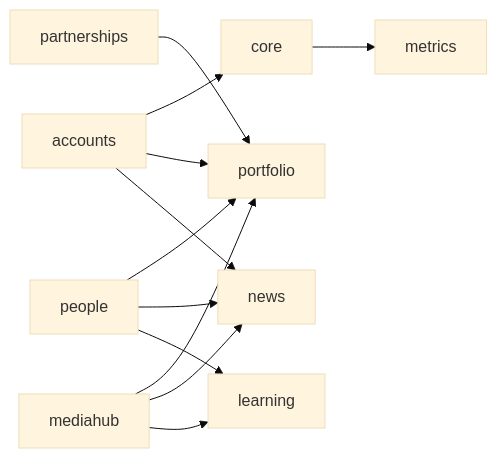
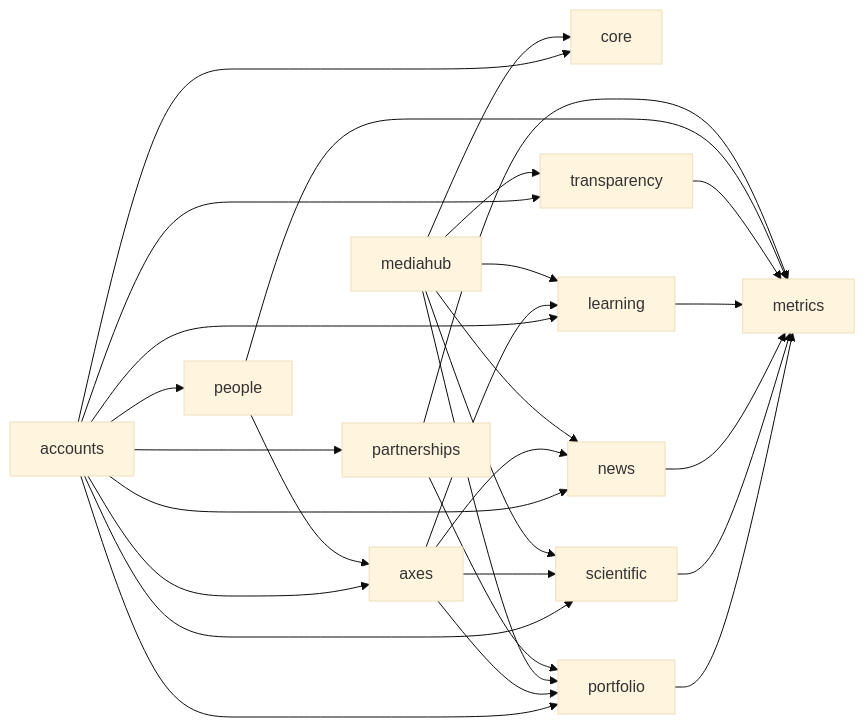
The diagram in docs/architecture/diagrams/module-map.md (MarcosVini753/latec-in), drawn with Mermaid (base theme) before and after one commit. The commit also changed other lines of this file and 3 other files, not shown here.

Commit message:
DOCS: update diagrams

````diff
--- a/docs/architecture/diagrams/module-map.md
+++ b/docs/architecture/diagrams/module-map.md
@@ -3,14 +3,35 @@
 ```mermaid
 flowchart LR
-  core --> metrics
-  people --> portfolio
-  people --> news
-  people --> learning
+  accounts --> core
+  accounts --> people
+  accounts --> axes
+  accounts --> portfolio
+  accounts --> scientific
+  accounts --> news
+  accounts --> learning
+  accounts --> transparency
+  accounts --> partnerships
+
+  people --> axes
+  axes --> portfolio
+  axes --> scientific
+  axes --> news
+  axes --> learning
+
+  mediahub --> core
   mediahub --> portfolio
+  mediahub --> scientific
   mediahub --> news
   mediahub --> learning
+  mediahub --> transparency
+
   partnerships --> portfolio
-  accounts --> core
-  accounts --> portfolio
-  accounts --> news
+
+  portfolio --> metrics
+  scientific --> metrics
+  news --> metrics
+  learning --> metrics
+  transparency --> metrics
+  people --> metrics
+  partnerships --> metrics
 ```
````
